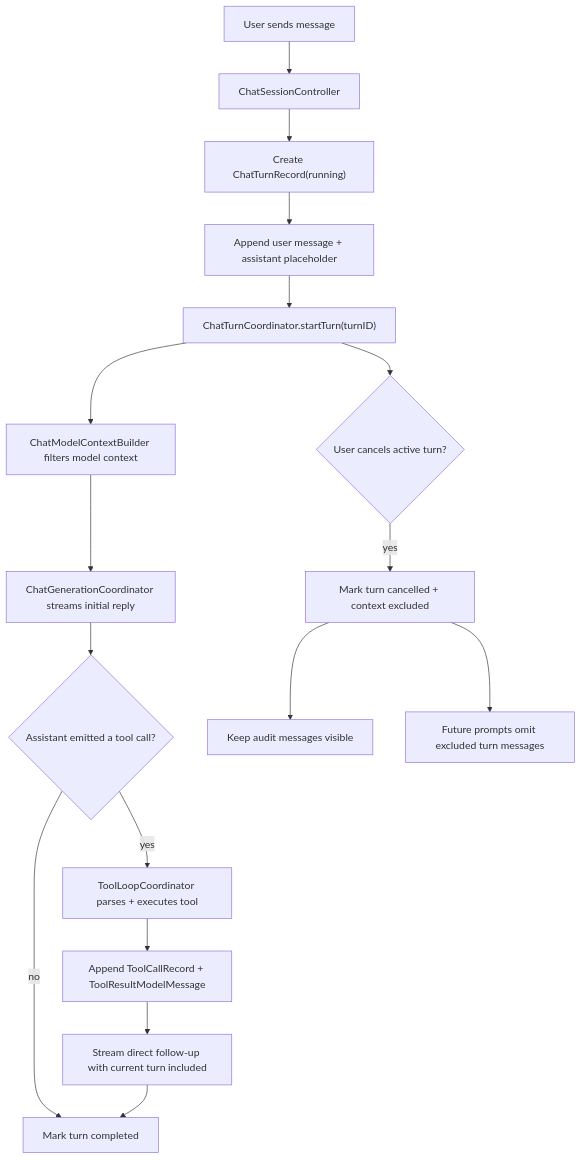
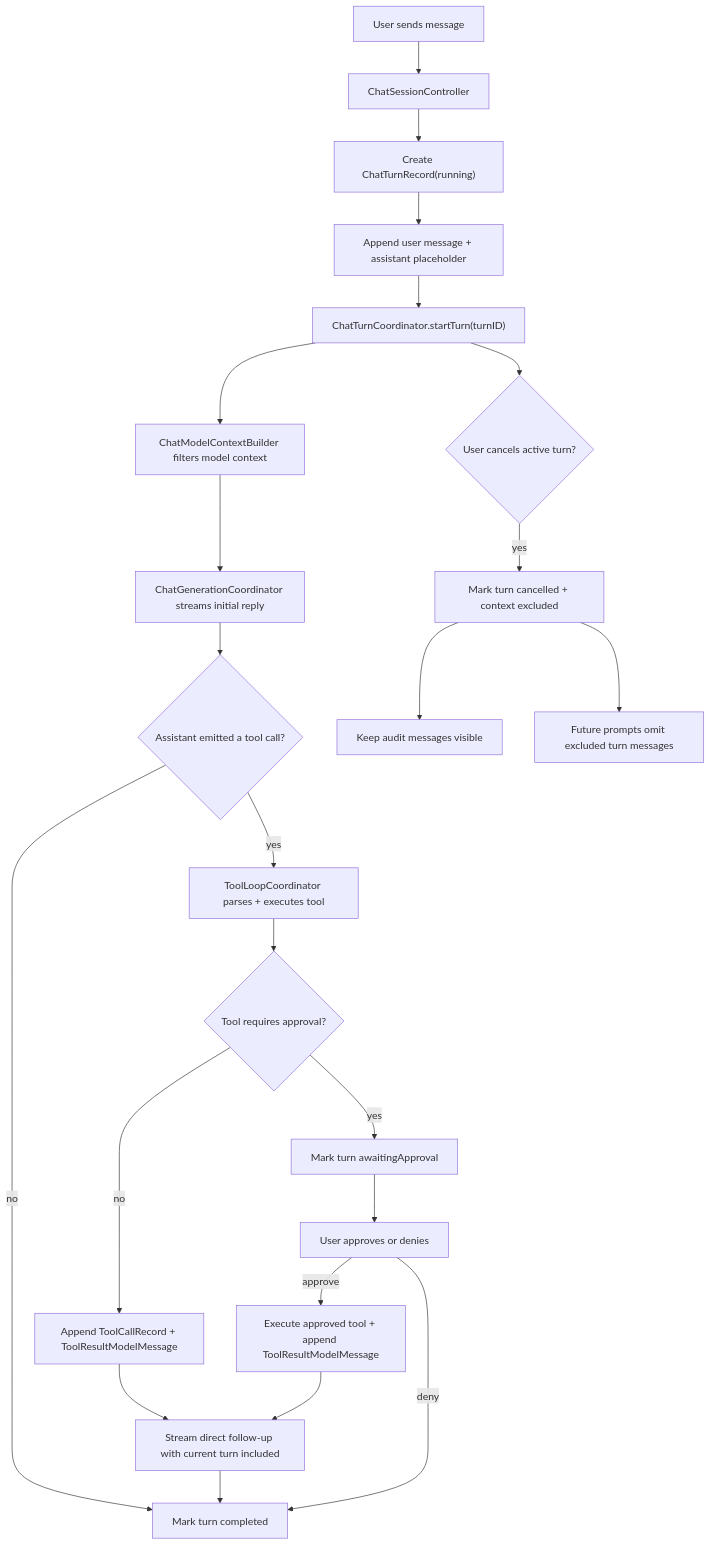
The diagram in docs/chat-runtime.md (ngutech21/sumika-chat), drawn with Mermaid before and after one commit. The commit also changed other lines of this file and 20 other files, not shown here.

First line of the commit message:
feat: implement write file approval workflow and enhance tool execution logic

````diff
--- a/docs/chat-runtime.md
+++ b/docs/chat-runtime.md
@@ -10,19 +10,25 @@
 ```mermaid
 flowchart TD
   A["User sends message"] --> B["ChatSessionController"]
   B --> C["Create ChatTurnRecord(running)"]
   C --> D["Append user message + assistant placeholder"]
   D --> E["ChatTurnCoordinator.startTurn(turnID)"]
   E --> F["ChatModelContextBuilder filters model context"]
   F --> G["ChatGenerationCoordinator streams initial reply"]
   G --> H{"Assistant emitted a tool call?"}
   H -- "no" --> I["Mark turn completed"]
   H -- "yes" --> J["ToolLoopCoordinator parses + executes tool"]
-  J --> K["Append ToolCallRecord + ToolResultModelMessage"]
-  K --> L["Stream direct follow-up with current turn included"]
-  L --> I
+  J --> K{"Tool requires approval?"}
+  K -- "no" --> L["Append ToolCallRecord + ToolResultModelMessage"]
+  L --> Q["Stream direct follow-up with current turn included"]
+  Q --> I
+  K -- "yes" --> R["Mark turn awaitingApproval"]
+  R --> S["User approves or denies"]
+  S -- "approve" --> T["Execute approved tool + append ToolResultModelMessage"]
+  T --> Q
+  S -- "deny" --> I
   E --> M{"User cancels active turn?"}
   M -- "yes" --> N["Mark turn cancelled + context excluded"]
   N --> O["Keep audit messages visible"]
   N --> P["Future prompts omit excluded turn messages"]
 ```
````
